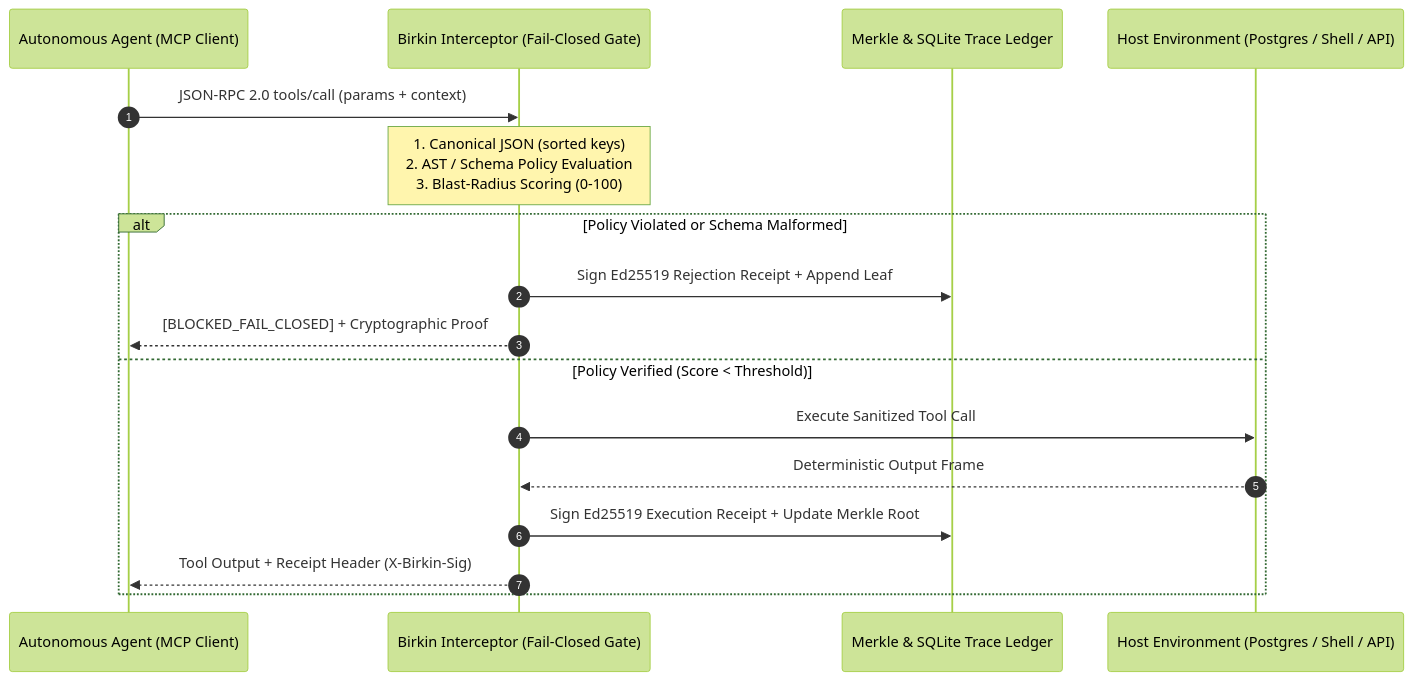
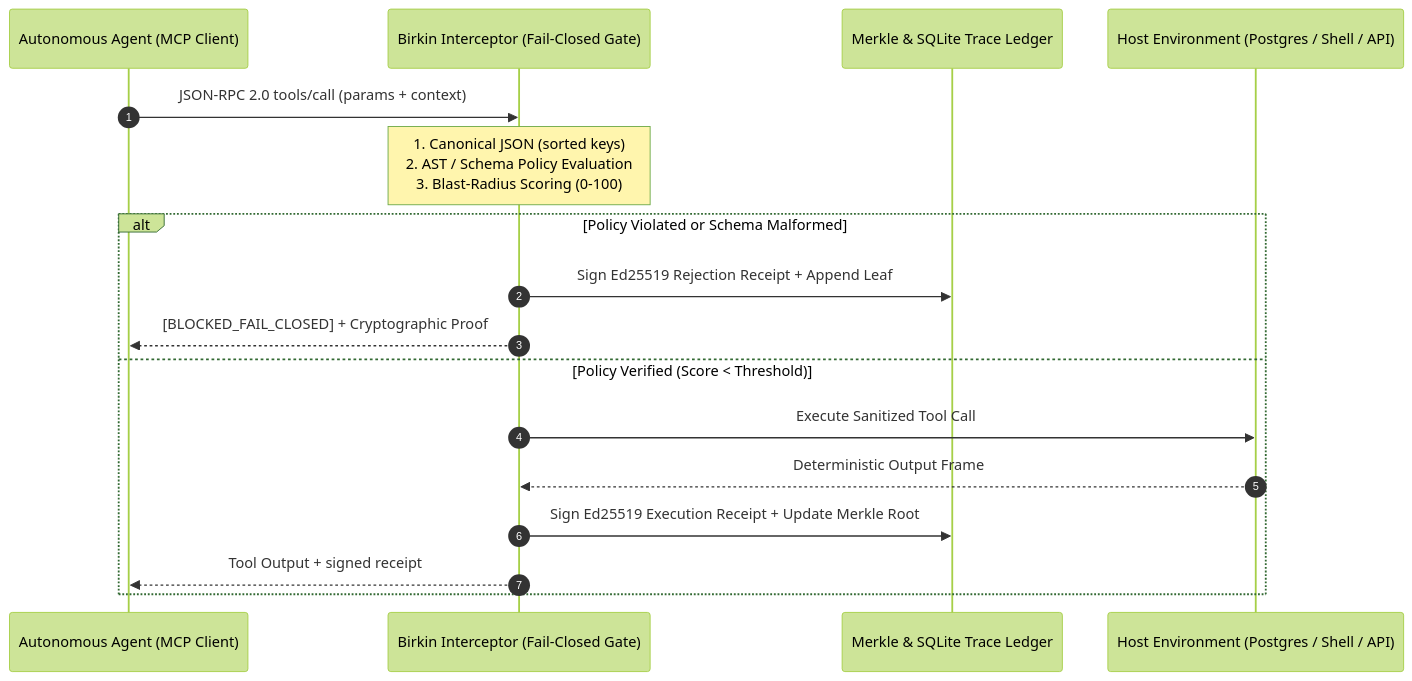
Before and after one commit to NickAltstein/Birkin: the diagram in README.md, drawn with Mermaid (forest theme). The commit also changed other lines of this file, not shown here.

Commit message:
docs: remove nonexistent BirkinGuard section

````diff
--- a/README.md
+++ b/README.md
@@ -146,20 +146,20 @@
 ```mermaid
 sequenceDiagram
     autonumber
     participant Agent as Autonomous Agent (MCP Client)
     participant Proxy as Birkin Interceptor (Fail-Closed Gate)
     participant Ledger as Merkle & SQLite Trace Ledger
     participant Host as Host Environment (Postgres / Shell / API)
 
     Agent->>Proxy: JSON-RPC 2.0 tools/call (params + context)
     Note over Proxy: 1. Canonical JSON (sorted keys)<br/>2. AST / Schema Policy Evaluation<br/>3. Blast-Radius Scoring (0-100)
     alt Policy Violated or Schema Malformed
         Proxy->>Ledger: Sign Ed25519 Rejection Receipt + Append Leaf
         Proxy-->>Agent: [BLOCKED_FAIL_CLOSED] + Cryptographic Proof
     else Policy Verified (Score < Threshold)
         Proxy->>Host: Execute Sanitized Tool Call
         Host-->>Proxy: Deterministic Output Frame
         Proxy->>Ledger: Sign Ed25519 Execution Receipt + Update Merkle Root
-        Proxy-->>Agent: Tool Output + Receipt Header (X-Birkin-Sig)
+        Proxy-->>Agent: Tool Output + signed receipt
     end
 ```
````
